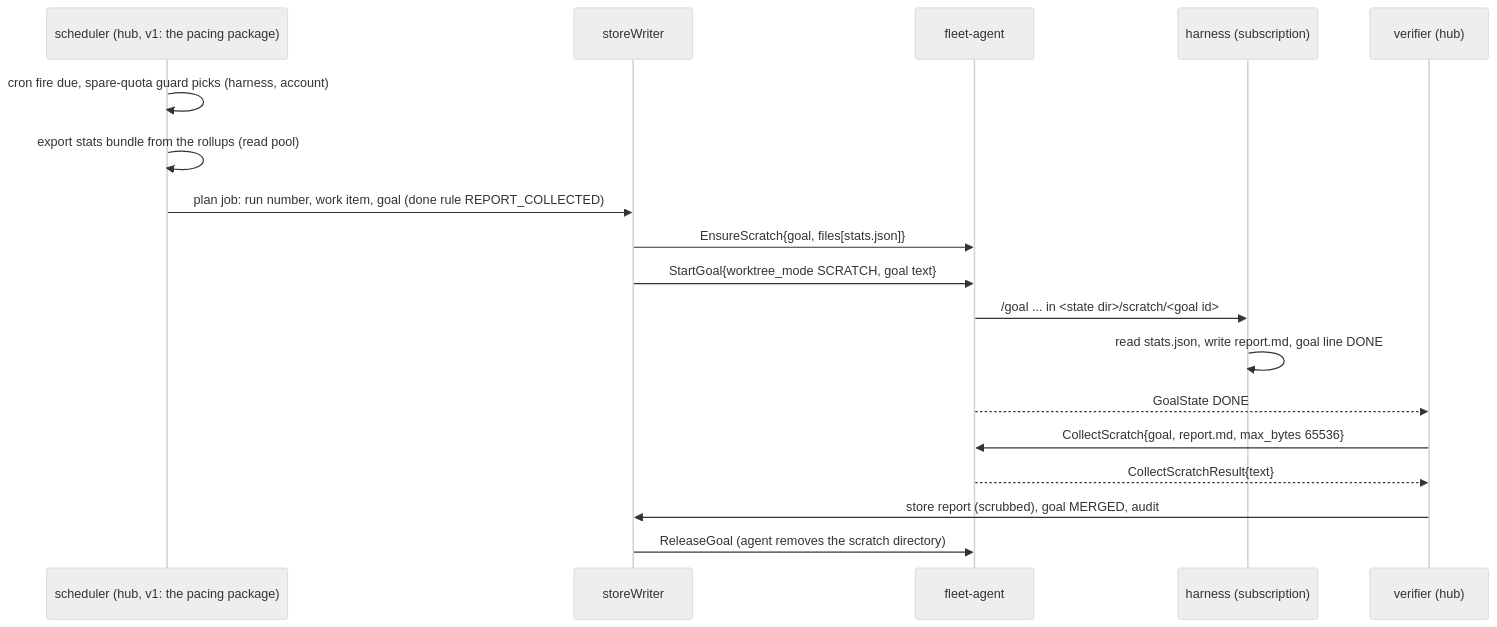
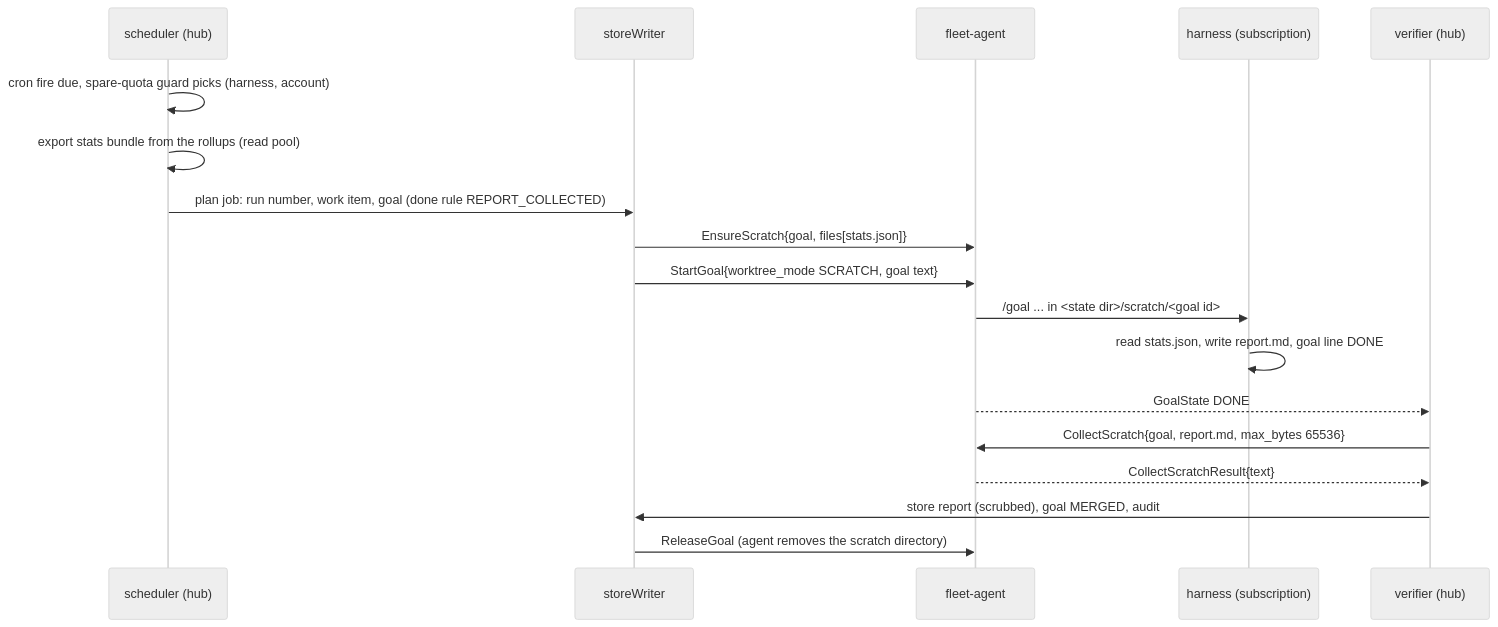
Before and after one commit to linuxdynasty/fleet-board: the diagram in docs/specs/05-insights.md, drawn with Mermaid (neutral theme). The commit also changed other lines of this file and 57 other files, not shown here.

````diff
--- a/docs/specs/05-insights.md
+++ b/docs/specs/05-insights.md
@@ -185,20 +185,20 @@
 ```mermaid
 sequenceDiagram
-  participant S as scheduler (hub, v1: the pacing package)
+  participant S as scheduler (hub)
   participant W as storeWriter
   participant A as fleet-agent
   participant H as harness (subscription)
   participant V as verifier (hub)
   S->>S: cron fire due, spare-quota guard picks (harness, account)
   S->>S: export stats bundle from the rollups (read pool)
   S->>W: plan job: run number, work item, goal (done rule REPORT_COLLECTED)
   W->>A: EnsureScratch{goal, files[stats.json]}
   W->>A: StartGoal{worktree_mode SCRATCH, goal text}
   A->>H: /goal ... in <state dir>/scratch/<goal id>
   H->>H: read stats.json, write report.md, goal line DONE
   A-->>V: GoalState DONE
   V->>A: CollectScratch{goal, report.md, max_bytes 65536}
   A-->>V: CollectScratchResult{text}
   V->>W: store report (scrubbed), goal MERGED, audit
   W->>A: ReleaseGoal (agent removes the scratch directory)
 ```
````
